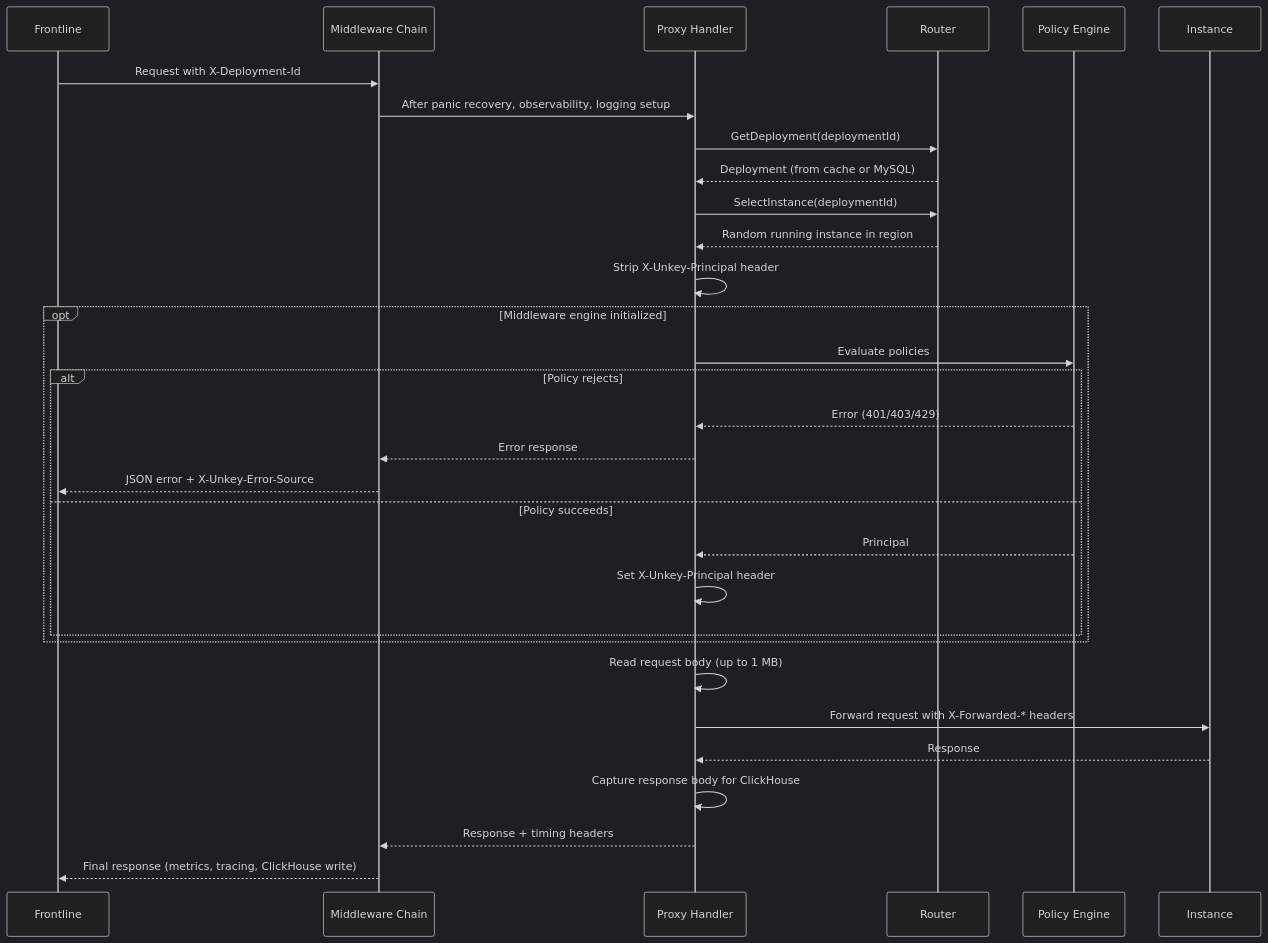
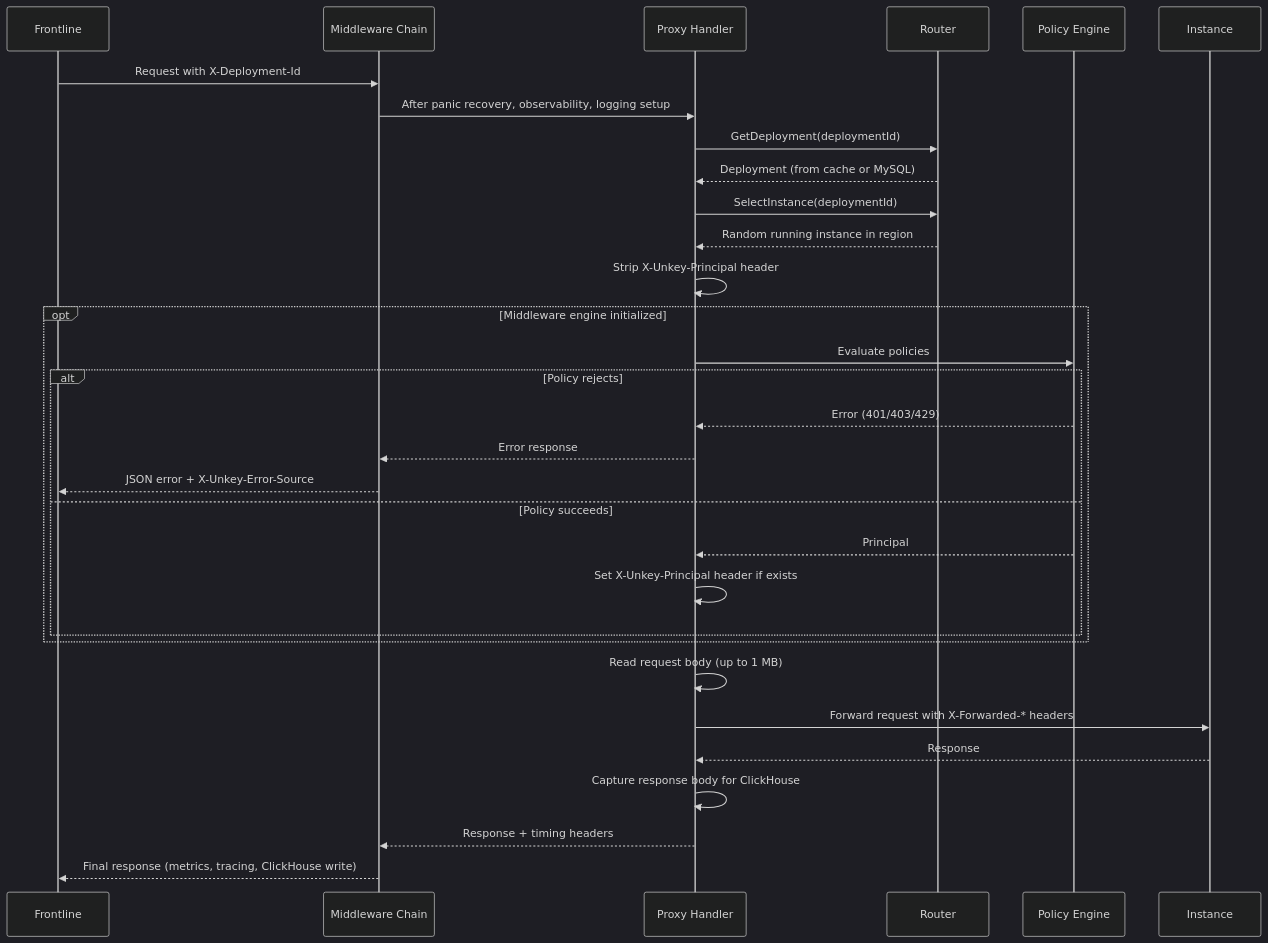
The diagram in docs/engineering/architecture/services/sentinel/request-flow.mdx (unkeyed/unkey), drawn with Mermaid (dark theme) before and after one commit. The commit also changed other lines of this file, not shown here.

Commit message:
docs: clarify when principal header is set

````diff
--- a/docs/engineering/architecture/services/sentinel/request-flow.mdx
+++ b/docs/engineering/architecture/services/sentinel/request-flow.mdx
@@ -8,39 +8,39 @@
 ```mermaid
 sequenceDiagram
     participant F as Frontline
     participant MW as Middleware Chain
     participant H as Proxy Handler
     participant R as Router
     participant E as Policy Engine
     participant I as Instance
 
     F->>MW: Request with X-Deployment-Id
     MW->>H: After panic recovery, observability, logging setup
 
     H->>R: GetDeployment(deploymentId)
     R-->>H: Deployment (from cache or MySQL)
 
     H->>R: SelectInstance(deploymentId)
     R-->>H: Random running instance in region
 
     H->>H: Strip X-Unkey-Principal header
 
     opt Middleware engine initialized
         H->>E: Evaluate policies
         alt Policy rejects
             E-->>H: Error (401/403/429)
             H-->>MW: Error response
             MW-->>F: JSON error + X-Unkey-Error-Source
         else Policy succeeds
             E-->>H: Principal
-            H->>H: Set X-Unkey-Principal header
+            H->>H: Set X-Unkey-Principal header if exists
         end
     end
 
     H->>H: Read request body (up to 1 MB)
     H->>I: Forward request with X-Forwarded-* headers
     I-->>H: Response
     H->>H: Capture response body for ClickHouse
     H-->>MW: Response + timing headers
     MW-->>F: Final response (metrics, tracing, ClickHouse write)
 ```
````
